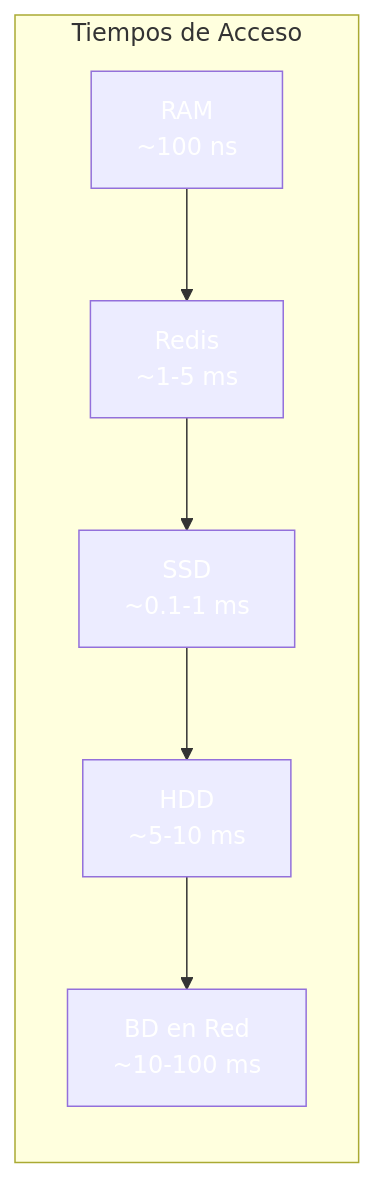
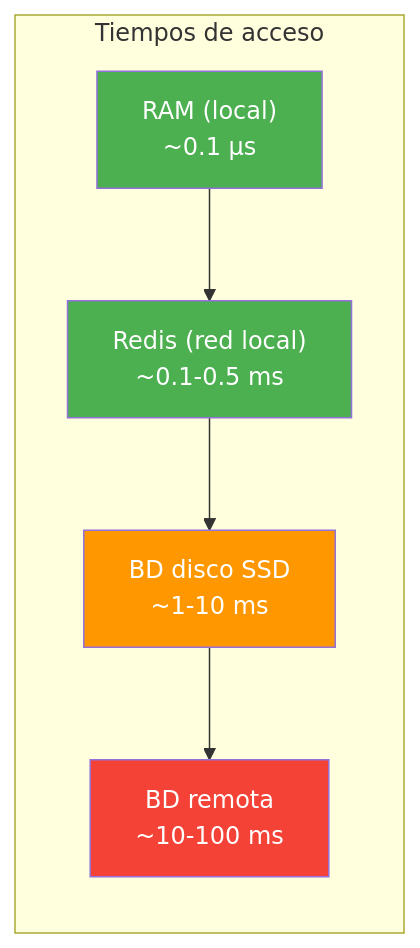
One commit to joseluisgs/DesarrolloWebEntornosServidor-02-2026-2027 changed the first of 17 diagrams in 14-cache-redis.md. Above: the diagram before and after it, drawn with Mermaid. The commit also changed other lines of this file, not shown here.

````diff
--- a/14-cache-redis.md
+++ b/14-cache-redis.md
@@ -76,14 +80,12 @@
 ```mermaid
 flowchart LR
-    subgraph "Tiempos de Acceso"
-        A["RAM<br/>~100 ns"] --> B["Redis<br/>~1-5 ms"]
-        B --> C["SSD<br/>~0.1-1 ms"]
-        C --> D["HDD<br/>~5-10 ms"]
-        D --> E["BD en Red<br/>~10-100 ms"]
+    subgraph "Tiempos de acceso"
+        A["RAM (local)<br/>~0.1 µs"] --> B["Redis (red local)<br/>~0.1-0.5 ms"]
+        B --> C["BD disco SSD<br/>~1-10 ms"]
+        C --> D["BD remota<br/>~10-100 ms"]
     end
-    style A fill:#4CAF5,color:#fff0,color:#fff
-    style B fill:#4CAF5,color:#fff0,color:#fff
-    style C fill:#4CAF5,color:#fff0,color:#fff
-    style D fill:#FF980,color:#fff0,color:#fff
-    style E fill:#F4433,color:#fff6,color:#fff
+    style A fill:#4CAF50,color:#fff
+    style B fill:#4CAF50,color:#fff
+    style C fill:#FF9800,color:#fff
+    style D fill:#F44336,color:#fff
 ```
````
